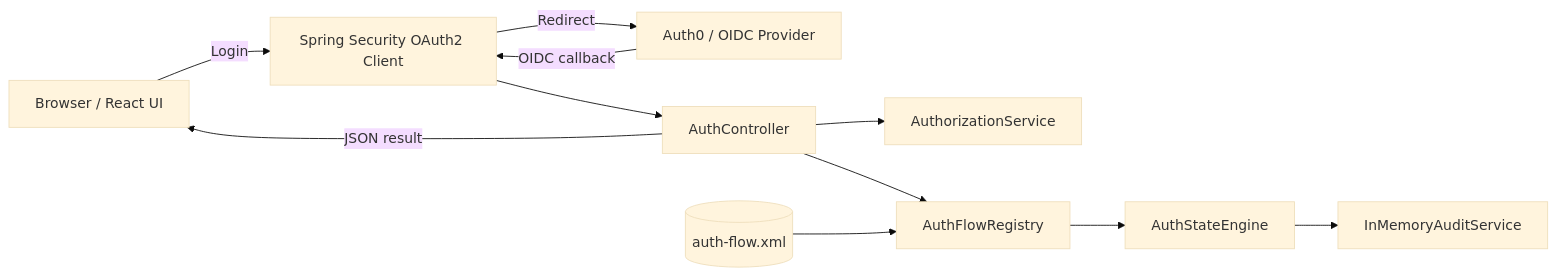
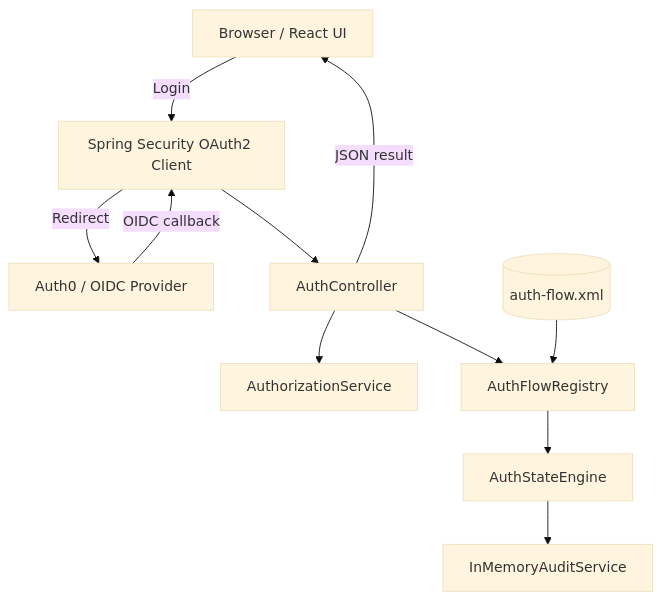
The first of 4 diagrams in README.md (RahulShukla99/springboot-oidc-auth-state-engine), drawn with Mermaid (base theme) before and after one commit. The commit also changed 2 other files, not shown here.

Commit message:
docs: switch auth workflow diagram to vertical layout

````diff
--- a/README.md
+++ b/README.md
@@ -37,23 +37,23 @@
 ```mermaid
-flowchart LR
+flowchart TB
     Browser[Browser / React UI]
     SpringSecurity[Spring Security OAuth2 Client]
     Auth0[Auth0 / OIDC Provider]
     Controller[AuthController]
     Authz[AuthorizationService]
     Registry[AuthFlowRegistry]
     Engine[AuthStateEngine]
     XML[(auth-flow.xml)]
     Audit[InMemoryAuditService]
 
     Browser -->|Login| SpringSecurity
     SpringSecurity -->|Redirect| Auth0
     Auth0 -->|OIDC callback| SpringSecurity
     SpringSecurity --> Controller
     Controller --> Authz
     Controller --> Registry
     Registry --> Engine
     XML --> Registry
     Engine --> Audit
     Controller -->|JSON result| Browser
 ```
````
